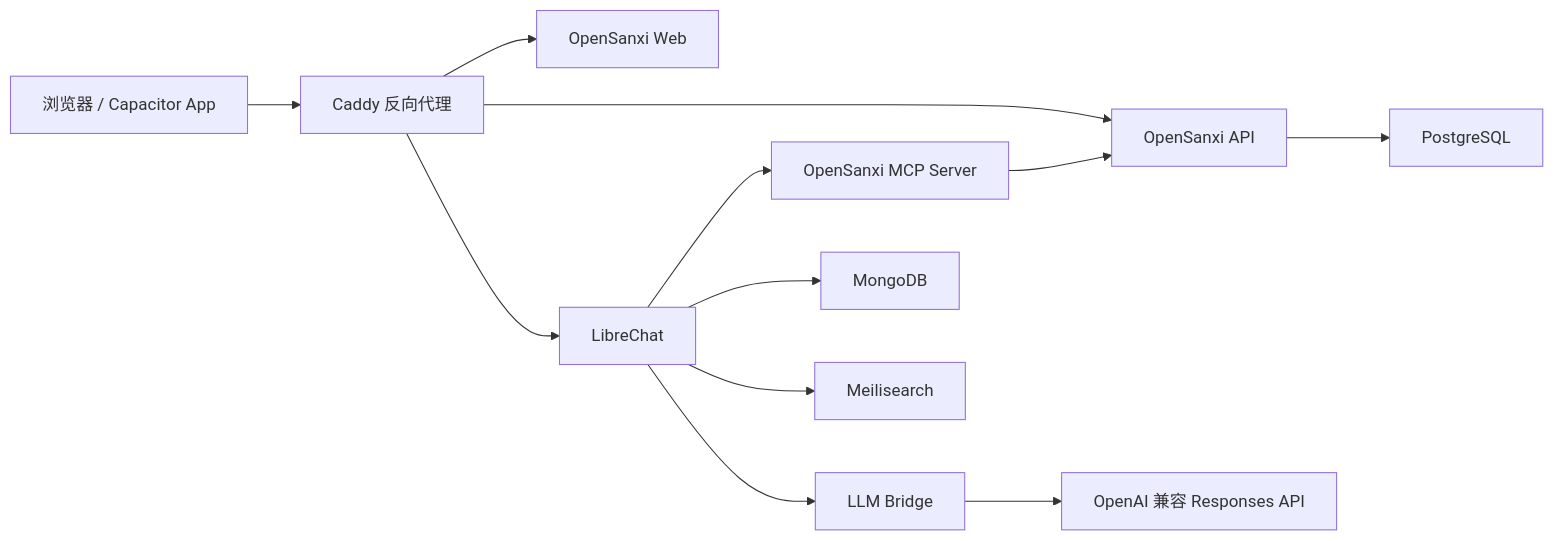
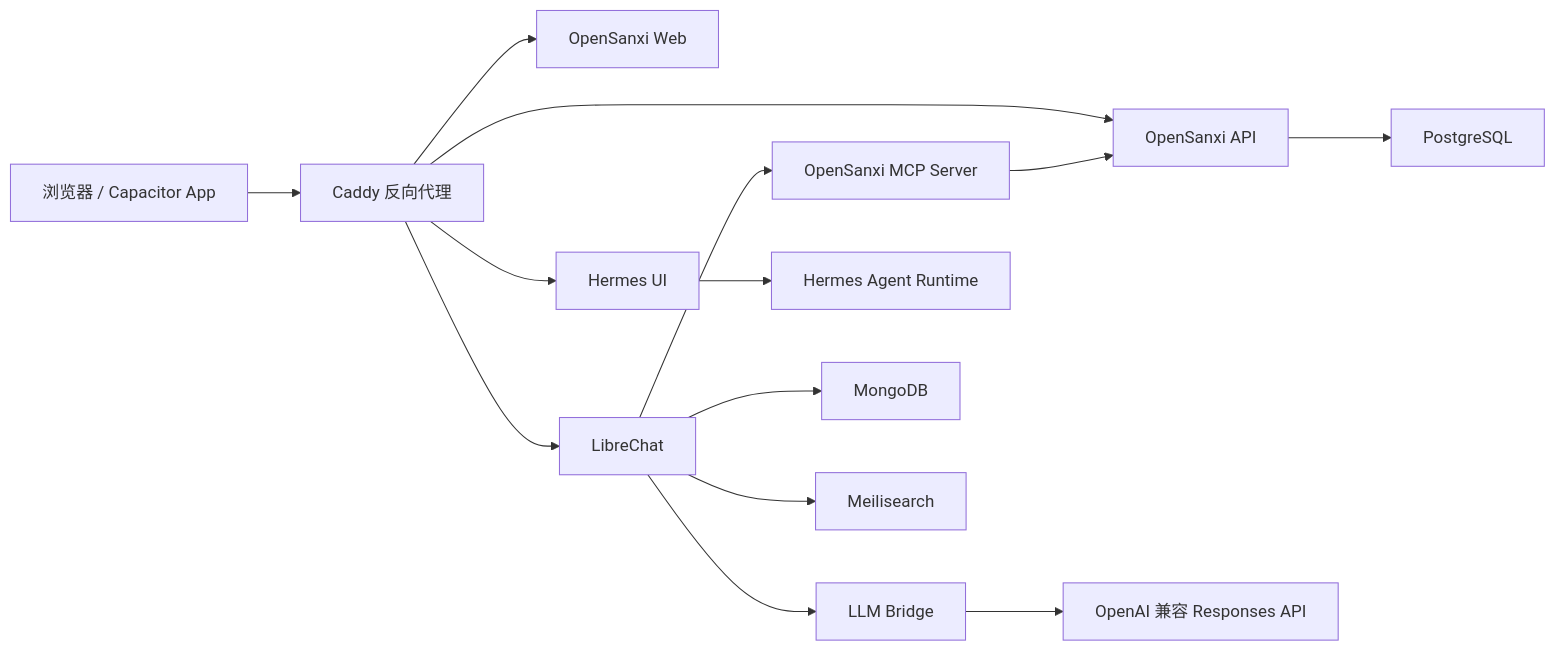
One commit to Invoser/opensanxi changed the diagram in README.zh-CN.md. Above: the diagram before and after it, drawn with Mermaid. The commit also changed other lines of this file and 9 other files, not shown here.

Commit message:
Add optional Hermes UI agent entry

````diff
--- a/README.zh-CN.md
+++ b/README.zh-CN.md
@@ -26,14 +27,16 @@
 ```mermaid
 flowchart LR
   Browser["浏览器 / Capacitor App"] --> Caddy["Caddy 反向代理"]
   Caddy --> Web["OpenSanxi Web"]
   Caddy --> API["OpenSanxi API"]
   Caddy --> Chat["LibreChat"]
+  Caddy --> Agent["Hermes UI"]
   Chat --> Bridge["LLM Bridge"]
   Bridge --> LLM["OpenAI 兼容 Responses API"]
   Chat --> MCP["OpenSanxi MCP Server"]
+  Agent --> Hermes["Hermes Agent Runtime"]
   MCP --> API
   API --> Postgres["PostgreSQL"]
   Chat --> Mongo["MongoDB"]
   Chat --> Meili["Meilisearch"]
 ```
````
